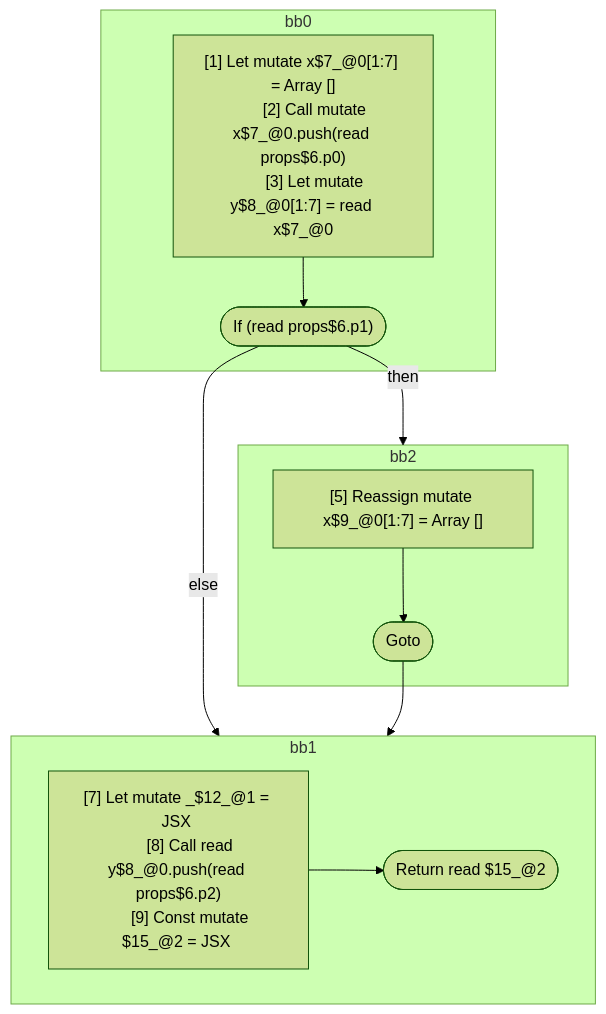
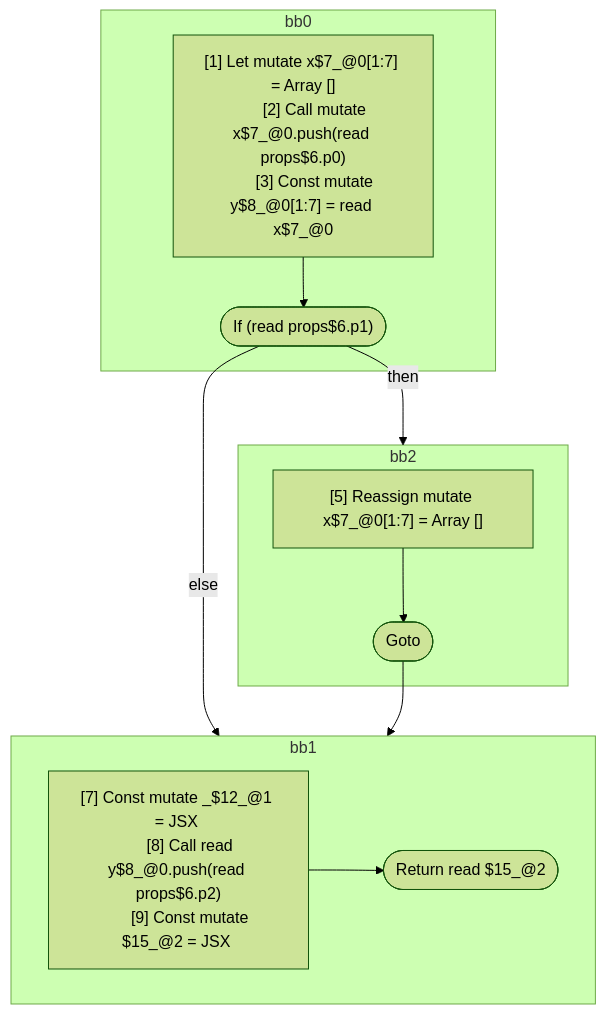
The diagram in compiler/forget/src/__tests__/fixtures/hir/reassignment-conditional.expect.md (wutsmog/private), drawn with Mermaid (forest theme) before and after one commit. The commit also changed other lines of this file and 61 other files, not shown here.

````diff
--- a/compiler/forget/src/__tests__/fixtures/hir/reassignment-conditional.expect.md
+++ b/compiler/forget/src/__tests__/fixtures/hir/reassignment-conditional.expect.md
@@ -55,32 +56,32 @@
 ```mermaid
 flowchart TB
   %% Basic Blocks
   subgraph bb0
     bb0_instrs["
       [1] Let mutate x$7_@0[1:7] = Array []
       [2] Call mutate x$7_@0.push(read props$6.p0)
-      [3] Let mutate y$8_@0[1:7] = read x$7_@0
+      [3] Const mutate y$8_@0[1:7] = read x$7_@0
     "]
     bb0_instrs --> bb0_terminal(["If (read props$6.p1)"])
   end
   subgraph bb2
     bb2_instrs["
-      [5] Reassign mutate x$9_@0[1:7] = Array []
+      [5] Reassign mutate x$7_@0[1:7] = Array []
     "]
     bb2_instrs --> bb2_terminal(["Goto"])
   end
   subgraph bb1
     bb1_instrs["
-      [7] Let mutate _$12_@1 = JSX <read Component$0 x={freeze x$11_@0} ></read Component$0>
+      [7] Const mutate _$12_@1 = JSX <read Component$0 x={freeze x$7_@0} ></read Component$0>
       [8] Call read y$8_@0.push(read props$6.p2)
-      [9] Const mutate $15_@2 = JSX <read Component$0 x={read x$11_@0} y={read y$8_@0} ></read Component$0>
+      [9] Const mutate $15_@2 = JSX <read Component$0 x={read x$7_@0} y={read y$8_@0} ></read Component$0>
     "]
     bb1_instrs --> bb1_terminal(["Return read $15_@2"])
   end
 
   %% Jumps
   bb0_terminal -- "then" --> bb2
   bb0_terminal -- "else" --> bb1
   bb2_terminal --> bb1
 
 ```
````
